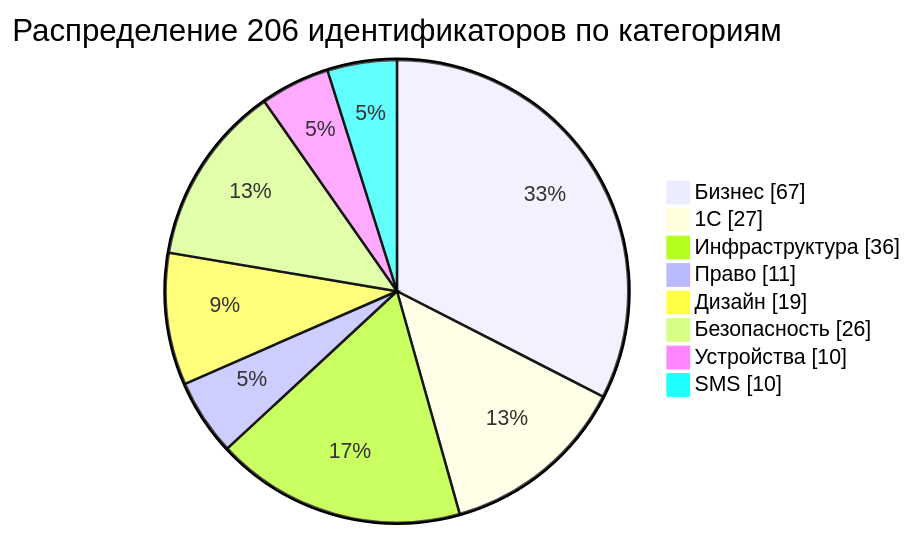
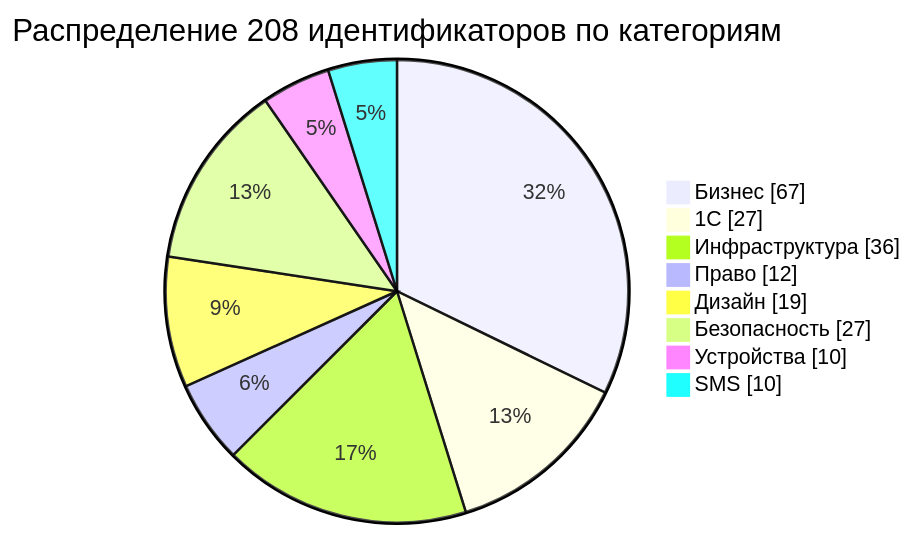
Before and after one commit to adhamjon100/optomstroy: the first of 3 diagrams in docs/specification/14_OPEN_QUESTIONS.md, drawn with Mermaid. The commit also changed other lines of this file and 13 other files, not shown here.

````diff
--- a/docs/specification/14_OPEN_QUESTIONS.md
+++ b/docs/specification/14_OPEN_QUESTIONS.md
@@ -44,12 +44,12 @@
 ```mermaid
 pie showData
-  title Распределение 206 идентификаторов по категориям
+  title Распределение 208 идентификаторов по категориям
   "Бизнес" : 67
   "1С" : 27
   "Инфраструктура" : 36
-  "Право" : 11
+  "Право" : 12
   "Дизайн" : 19
-  "Безопасность" : 26
+  "Безопасность" : 27
   "Устройства" : 10
   "SMS" : 10
 ```
````
